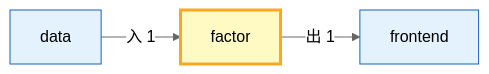
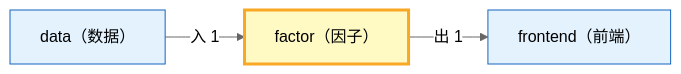
Before and after one commit to xuanFelixVan/ZephyrAlpha: the second of 2 diagrams in docs/02_enterprise_architecture/06_decision_architecture/07_decision_l2a_factor.md, drawn with Mermaid (neutral theme). The commit also changed other lines of this file and 22 other files, not shown here.

First line of the commit message:
docs(decision_arch): 双语标题+跨域图+索引表头跳转链接

````diff
--- a/docs/02_enterprise_architecture/06_decision_architecture/07_decision_l2a_factor.md
+++ b/docs/02_enterprise_architecture/06_decision_architecture/07_decision_l2a_factor.md
@@ -80,11 +80,11 @@
 ```mermaid
 flowchart LR
-    SELF["factor"]:::selfDomain
-    EXT_frontend["frontend"]:::extDomain
+    SELF["factor（因子）"]:::selfDomain
+    EXT_frontend["frontend（前端）"]:::extDomain
     SELF -->|出 1| EXT_frontend
-    EXT_data["data"]:::extDomain
+    EXT_data["data（数据）"]:::extDomain
     EXT_data -->|入 1| SELF
 
     classDef selfDomain fill:#fff9c4,stroke:#f9a825,stroke-width:3px,color:#000
     classDef extDomain fill:#e3f2fd,stroke:#1565c0,stroke-width:1px,color:#000
 ```
````
